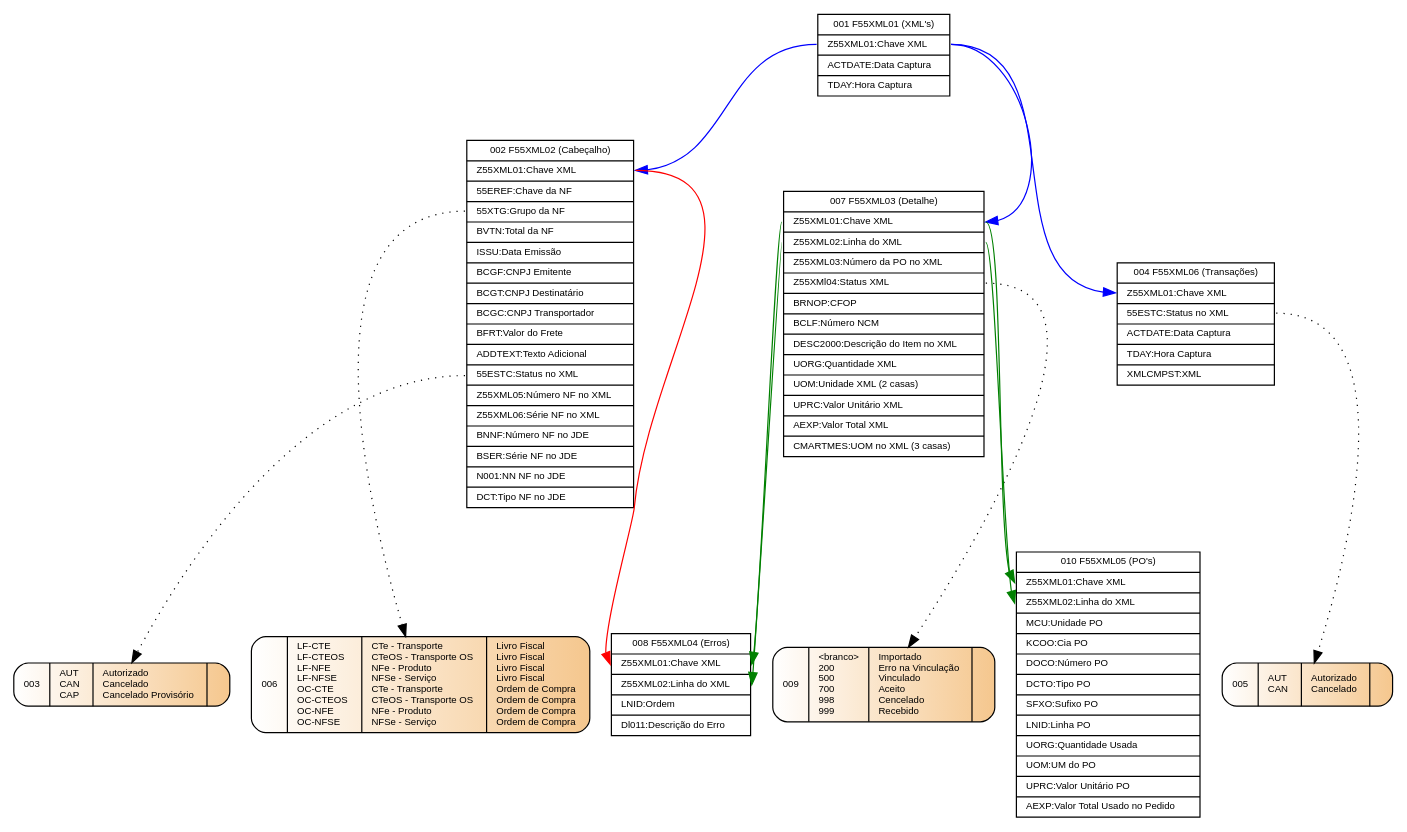
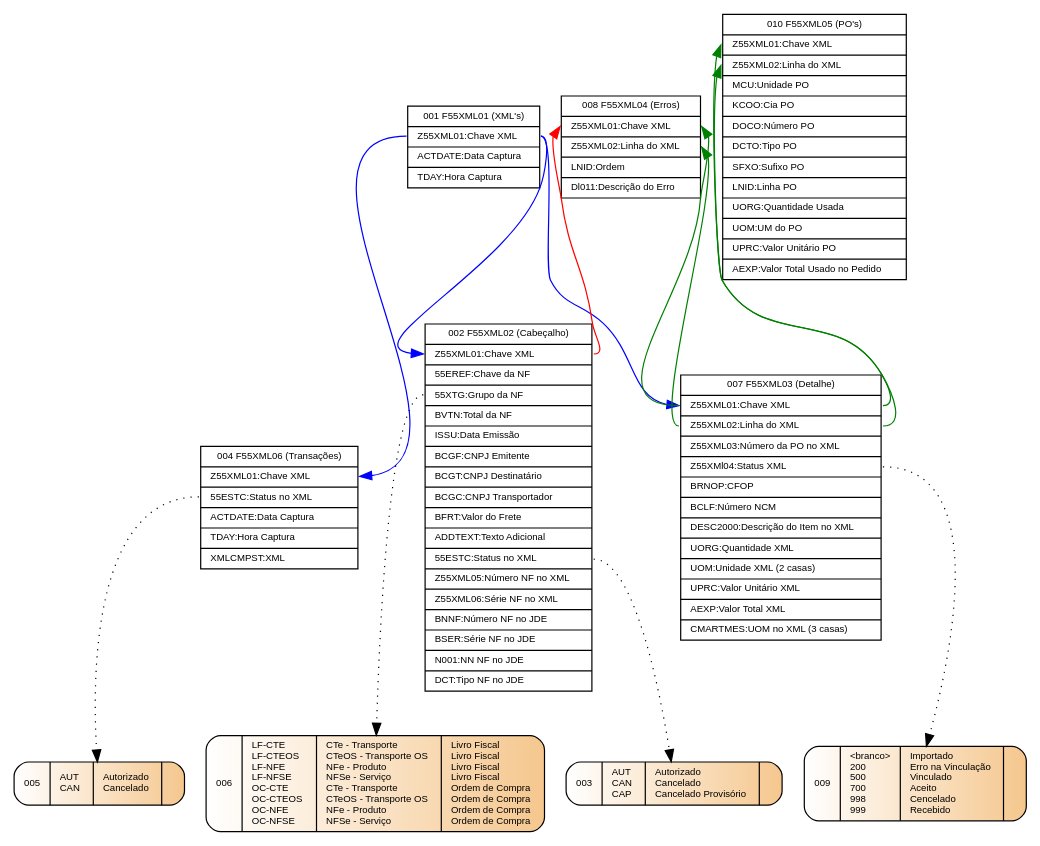
One commit to GiovaniPM/Graphs changed the diagram in ER XML.gv. Above: the diagram before and after it, drawn with Graphviz. The commit also changed 1 other file, not shown here.

```diff
--- a/ER XML.gv
+++ b/ER XML.gv
@@ -1,194 +1,197 @@
 digraph R {
 
     # layout= specifies a layout engine:
     #   circo — for circular layout of graphs
     #   dot   — for drawing directed graphs (the default)
     #   fdp   — for drawing undirected graphs
     #   neato — for drawing undirected graphs
     #   osage — for drawing large undirected graphs
     #   twopi — for radial layouts of graphs
     #layout=circo
 
     node001 [
                 fontname = "Helvetica",
                 fontsize = 8,
                 shape=record,
                 style="none",
                 fillcolor="white"
                 label="{001 F55XML01 (XML's)|<col01>Z55XML01:Chave XML\l|
                                              <col02>ACTDATE:Data Captura\l|
                                              <col03>TDAY:Hora Captura\l}"
             ]
     node002 [
                 fontname = "Helvetica",
                 fontsize = 8,
                 shape=record,
                 style="none",
                 fillcolor="white"
                 label="{002 F55XML02 (Cabeçalho)|<col01>Z55XML01:Chave XML\l|
                                                  <col02>55EREF:Chave da NF\l|
                                                  <col03>55XTG:Grupo da NF\l|
                                                  <col04>BVTN:Total da NF\l|
                                                  <col05>ISSU:Data Emissão\l|
                                                  <col06>BCGF:CNPJ Emitente\l|
                                                  <col07>BCGT:CNPJ Destinatário\l|
                                                  <col08>BCGC:CNPJ Transportador\l|
                                                  <col09>BFRT:Valor do Frete\l|
                                                  <col10>ADDTEXT:Texto Adicional\l|
                                                  <col11>55ESTC:Status no XML\l|
                                                  <col12>Z55XML05:Número NF no XML\l|
                                                  <col13>Z55XML06:Série NF no XML\l|
                                                  <col14>BNNF:Número NF no JDE\l|
                                                  <col15>BSER:Série NF no JDE\l|
                                                  <col16>N001:NN NF no JDE\l|
                                                  <col17>DCT:Tipo NF no JDE\l}"
             ]
     node003 [
                 fontname = "Arial",
                 fontsize = 8,
                 shape=record,
                 style="rounded,filled",
                 fillcolor="white:#f5c78e"
                 label="003|AUT\l
                            CAN\l
                            CAP\l|
                            Autorizado\l
                            Cancelado\l
                            Cancelado Provisório\l|}"
             ]
     node004 [
                 fontname = "Helvetica",
                 fontsize = 8,
                 shape=record,
                 style="none",
                 fillcolor="white"
                 label="{004 F55XML06 (Transações)|<col01>Z55XML01:Chave XML\l|
                                                   <col02>55ESTC:Status no XML\l|
                                                   <col03>ACTDATE:Data Captura\l|
                                                   <col04>TDAY:Hora Captura\l|
                                                   <col05>XMLCMPST:XML\l}"
             ]
     node005 [
                 fontname = "Arial",
                 fontsize = 8,
                 shape=record,
                 style="rounded,filled",
                 fillcolor="white:#f5c78e"
                 label="005|AUT\l
                            CAN\l|
                            Autorizado\l
                            Cancelado\l|"
             ]
     node006 [
                 fontname = "Arial",
                 fontsize = 8,
                 shape=record,
                 style="rounded,filled",
                 fillcolor="white:#f5c78e"
                 label="006|LF-CTE\l
                            LF-CTEOS\l
                            LF-NFE\l
                            LF-NFSE\l
                            OC-CTE\l
                            OC-CTEOS\l
                            OC-NFE\l
                            OC-NFSE\l|
                            CTe - Transporte\l
                            CTeOS - Transporte OS\l
                            NFe - Produto\l
                            NFSe - Serviço\l
                            CTe - Transporte\l
                            CTeOS - Transporte OS\l
                            NFe - Produto\l
                            NFSe - Serviço\l|
                            Livro Fiscal\l
                            Livro Fiscal\l
                            Livro Fiscal\l
                            Livro Fiscal\l
                            Ordem de Compra\l
                            Ordem de Compra\l
                            Ordem de Compra\l
                            Ordem de Compra\l"
             ]
     node007 [
                 fontname = "Helvetica",
                 fontsize = 8,
                 shape=record,
                 style="none",
                 fillcolor="white"
                 label="{007 F55XML03 (Detalhe)|<col01>Z55XML01:Chave XML\l|
                                                <col02>Z55XML02:Linha do XML\l|
                                                <col03>Z55XML03:Número da PO no XML\l|
                                                <col04>Z55XMl04:Status XML\l|
                                                <col05>BRNOP:CFOP\l|
                                                <col06>BCLF:Número NCM\l|
                                                <col07>DESC2000:Descrição do Item  no XML\l|
                                                <col08>UORG:Quantidade XML\l|
                                                <col09>UOM:Unidade XML (2 casas)\l|
                                                <col10>UPRC:Valor Unitário XML\l|
                                                <col11>AEXP:Valor Total XML\l|
                                                <col12>CMARTMES:UOM no XML (3 casas)\l}"
             ]
     node008 [
                 fontname = "Helvetica",
                 fontsize = 8,
                 shape=record,
                 style="none",
                 fillcolor="white"
                 label="{008 F55XML04 (Erros)|<col01>Z55XML01:Chave XML\l|
                                              <col02>Z55XML02:Linha do XML\l|
                                              <col03>LNID:Ordem\l|
                                              <col04>Dl011:Descrição do Erro\l}"
             ]
     node009 [
                 fontname = "Arial",
                 fontsize = 8,
                 shape=record,
                 style="rounded,filled",
                 fillcolor="white:#f5c78e"
                 label="009|\<branco\>\l
                            200\l
                            500\l
                            700\l
                            998\l
                            999\l|
                            Importado\l
                            Erro na Vinculação\l
                            Vinculado\l
                            Aceito\l
                            Cencelado\l
                            Recebido\l|"
             ]
     node010 [
                 fontname = "Helvetica",
                 fontsize = 8,
                 shape=record,
                 style="none",
                 fillcolor="white"
                 label="{010 F55XML05 (PO's)|<col01>Z55XML01:Chave XML\l|
                                             <col02>Z55XML02:Linha do XML\l|
                                             <col03>MCU:Unidade PO\l|
                                             <col04>KCOO:Cia PO\l|
                                             <col05>DOCO:Número PO\l|
                                             <col06>DCTO:Tipo PO\l|
                                             <col07>SFXO:Sufixo PO\l|
                                             <col08>LNID:Linha PO\l|
                                             <col09>UORG:Quantidade Usada\l|
                                             <col10>UOM:UM do PO\l|
                                             <col11>UPRC:Valor Unitário PO\l|
                                             <col12>AEXP:Valor Total Usado no Pedido\l}"
             ]
 
     node001:col01 -> node002:col01 [color="blue"]
     node001:col01 -> node004:col01 [color="blue"]
     node001:col01 -> node007:col01 [color="blue"]
-    node002:col11 -> node003 [style="dotted"]
-    node004:col02 -> node005 [style="dotted"]
-    node002:col03 -> node006 [style="dotted"]
     node002:col01 -> node008:col01 [color="red"]
     node007:col01 -> node008:col01 [color="green"]
     node007:col02 -> node008:col02 [color="green"]
     node007:col01 -> node010:col01 [color="green"]
     node007:col02 -> node010:col02 [color="green"]
+    node002:col03 -> node006 [style="dotted"]
+    node002:col11 -> node003 [style="dotted"]
+    node004:col02 -> node005 [style="dotted"]
     node007:col04 -> node009 [style="dotted"]
+
+    { rank=same node002 node004 node007 }
+    { rank=same node001 node008 node010 }
 }
```
